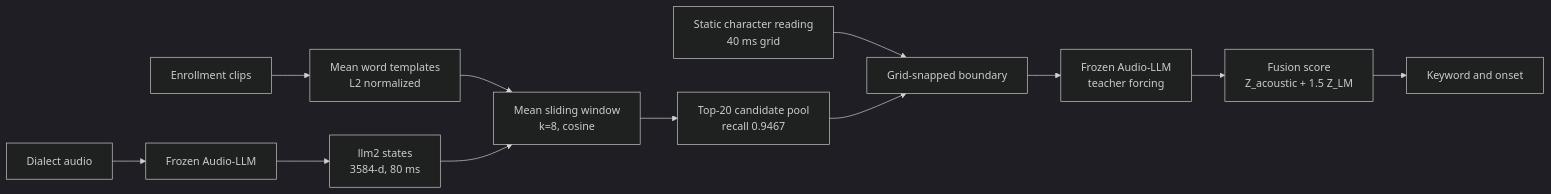
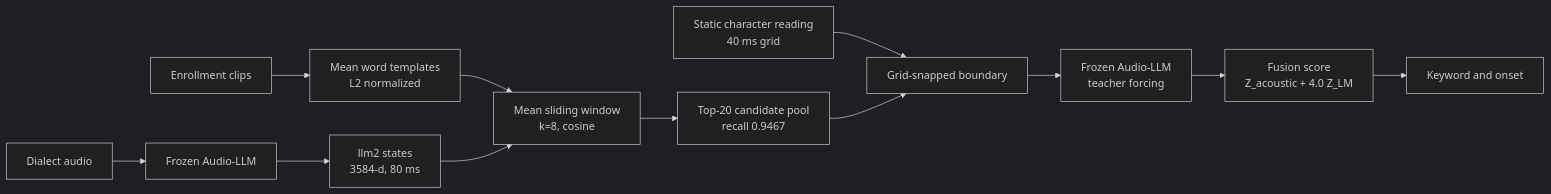
One commit to leeoisaboy/audiollm-latent-kws changed the diagram in README.en.md. Above: the diagram before and after it, drawn with Mermaid (dark theme). The commit also changed other lines of this file and 14 other files, not shown here.

````diff
--- a/README.en.md
+++ b/README.en.md
@@ -54,14 +99,14 @@
 ```mermaid
 flowchart LR
     A[Dialect audio] --> B[Frozen Audio-LLM]
     B --> C["llm2 states<br/>3584-d, 80 ms"]
     D[Enrollment clips] --> E["Mean word templates<br/>L2 normalized"]
     E --> F["Mean sliding window<br/>k=8, cosine"]
     C --> F
     F --> G["Top-20 candidate pool<br/>recall 0.9467"]
     H["Static character reading<br/>40 ms grid"] --> I[Grid-snapped boundary]
     G --> I
     I --> J["Frozen Audio-LLM<br/>teacher forcing"]
-    J --> K["Fusion score<br/>Z_acoustic + 1.5 Z_LM"]
+    J --> K["Fusion score<br/>Z_acoustic + 4.0 Z_LM"]
     K --> L[Keyword and onset]
 ```
````
